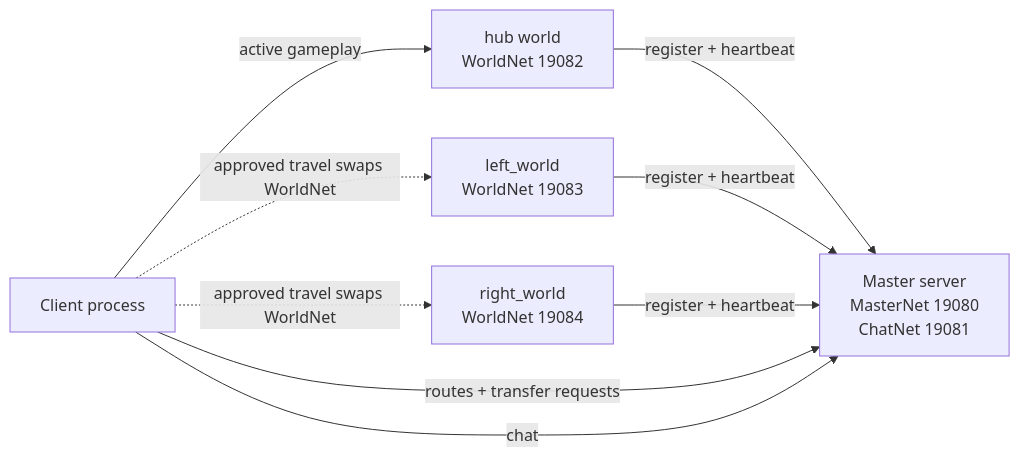
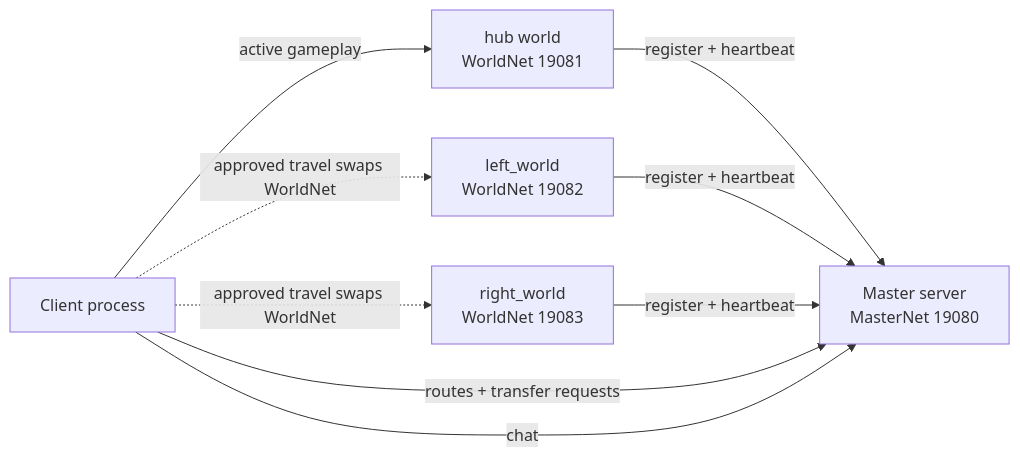
Before and after one commit to Shilo/multi-server-test: the diagram in docs/godot-multi-server-architecture-guide.md, drawn with Mermaid. The commit also changed other lines of this file and 9 other files, not shown here.

Commit message:
Collapse chat onto master socket

````diff
--- a/docs/godot-multi-server-architecture-guide.md
+++ b/docs/godot-multi-server-architecture-guide.md
@@ -33,18 +33,18 @@
 ```mermaid
 flowchart LR
     Client["Client process"]
-    Master["Master server<br/>MasterNet 19080<br/>ChatNet 19081"]
-    Hub["hub world<br/>WorldNet 19082"]
-    Left["left_world<br/>WorldNet 19083"]
-    Right["right_world<br/>WorldNet 19084"]
+    Master["Master server<br/>MasterNet 19080"]
+    Hub["hub world<br/>WorldNet 19081"]
+    Left["left_world<br/>WorldNet 19082"]
+    Right["right_world<br/>WorldNet 19083"]
 
     Hub -- "register + heartbeat" --> Master
     Left -- "register + heartbeat" --> Master
     Right -- "register + heartbeat" --> Master
 
     Client -- "routes + transfer requests" --> Master
     Client -- "chat" --> Master
     Client -- "active gameplay" --> Hub
     Client -. "approved travel swaps WorldNet" .-> Left
     Client -. "approved travel swaps WorldNet" .-> Right
 ```
````
